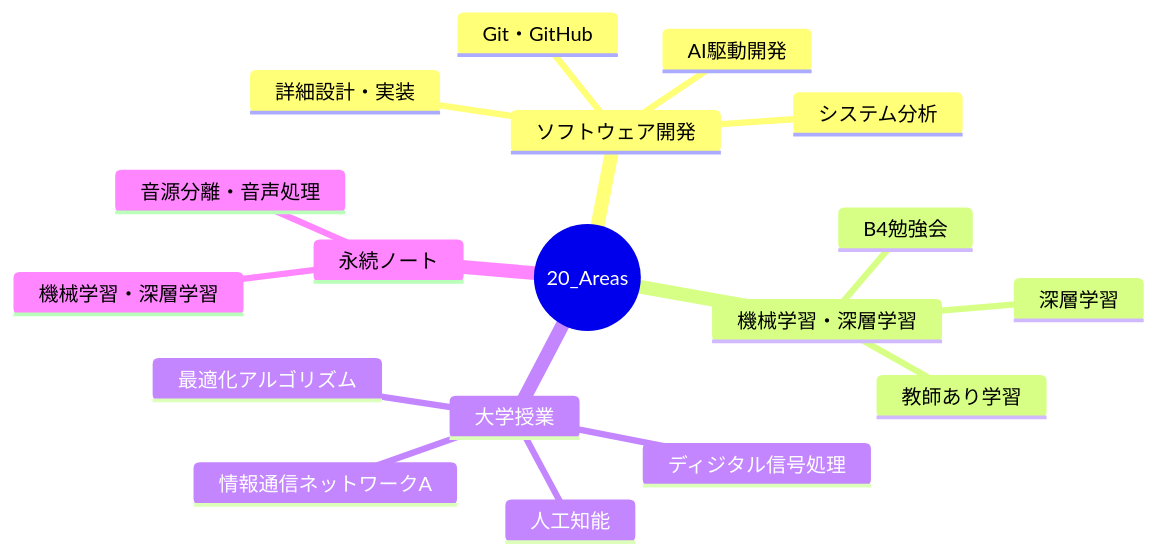
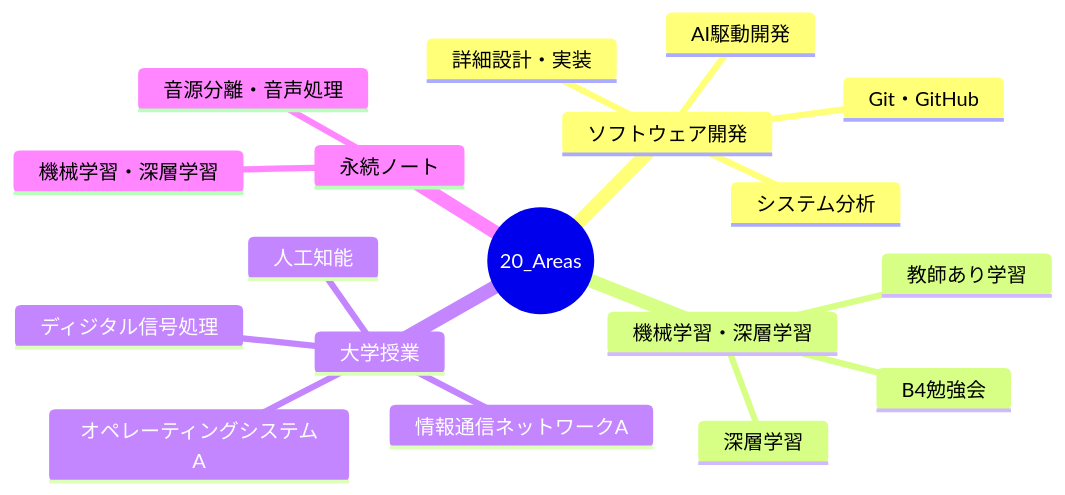
Before and after one commit to 97kuek/obsidian-vault: the diagram in 20_Areas/【MOC】20_Areas.md, drawn with Mermaid. The commit also changed 34 other files, not shown here.

````diff
--- a/20_Areas/【MOC】20_Areas.md
+++ b/20_Areas/【MOC】20_Areas.md
@@ -16,21 +16,21 @@
 ```mermaid
 mindmap
   root(("20_Areas"))
     ソフトウェア開発
       Git・GitHub
       システム分析
       詳細設計・実装
       AI駆動開発
     機械学習・深層学習
       教師あり学習
       深層学習
       B4勉強会
     大学授業
       人工知能
       ディジタル信号処理
       情報通信ネットワークA
-      最適化アルゴリズム
+      オペレーティングシステムA
     永続ノート
       音源分離・音声処理
       機械学習・深層学習
 ```
````
